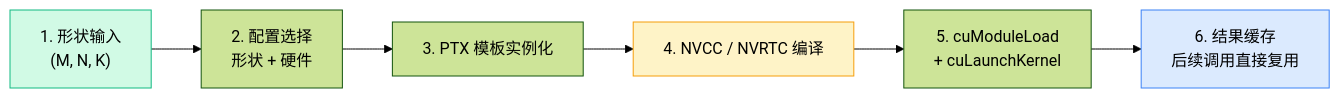
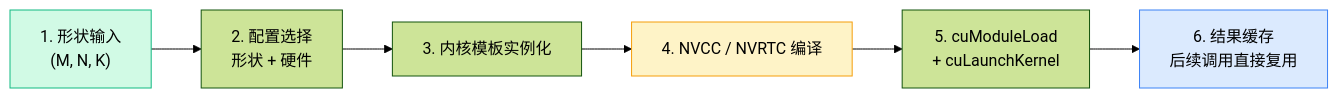
Before and after one commit to A1pha3/text-matrix: the third of 5 diagrams in content/posts/tech/deepgemm-high-performance-fp8-gemm-kernels.md, drawn with Mermaid (forest theme). The commit also changed other lines of this file and 17 other files, not shown here.

````diff
--- a/content/posts/tech/deepgemm-high-performance-fp8-gemm-kernels.md
+++ b/content/posts/tech/deepgemm-high-performance-fp8-gemm-kernels.md
@@ -185,12 +199,12 @@
 ```mermaid
 flowchart LR
     S1["1. 形状输入<br/>(M, N, K)"] --> S2["2. 配置选择<br/>形状 + 硬件"]
-    S2 --> S3["3. PTX 模板实例化"]
+    S2 --> S3["3. 内核模板实例化"]
     S3 --> S4["4. NVCC / NVRTC 编译"]
     S4 --> S5["5. cuModuleLoad<br/>+ cuLaunchKernel"]
     S5 --> S6["6. 结果缓存<br/>后续调用直接复用"]
 
     style S1 fill:#d1fae5,stroke:#10b981
     style S4 fill:#fef3c7,stroke:#f59e0b
     style S6 fill:#dbeafe,stroke:#3b82f6
 ```
````
